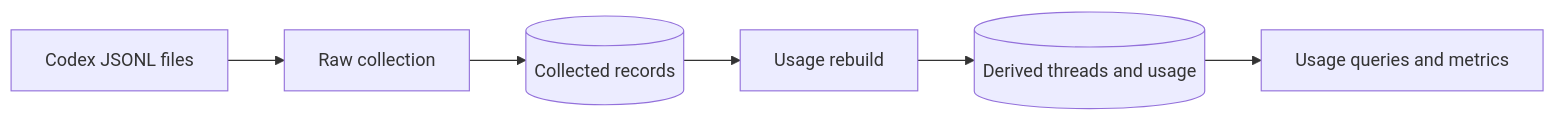
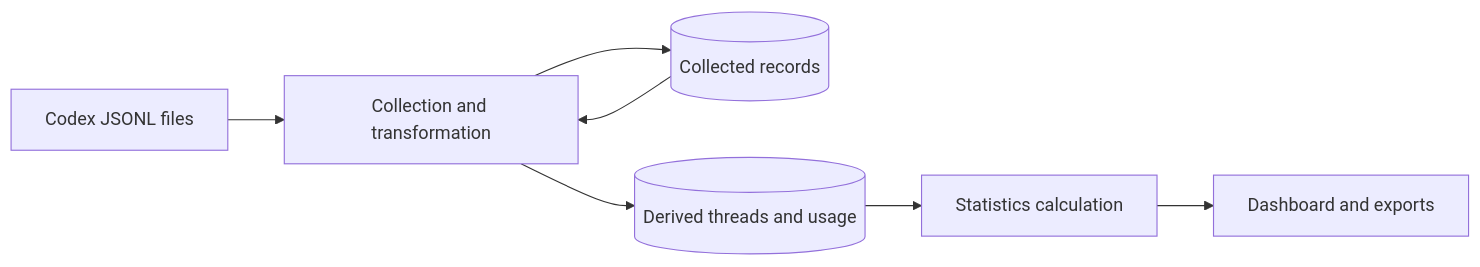
Before and after one commit to xtrmstep/codex-stats-analyzer: the diagram in specification/02-architecture/02-design/000-system-overview.md, drawn with Mermaid. The commit also changed other lines of this file and 6 other files, not shown here.

Commit message:
usage-data: define import and statistics pipelines

````diff
--- a/specification/02-architecture/02-design/000-system-overview.md
+++ b/specification/02-architecture/02-design/000-system-overview.md
@@ -5,8 +5,9 @@
 ```mermaid
 flowchart LR
-    Logs[Codex JSONL files] --> Importer[Raw collection]
-    Importer --> Raw[(Collected records)]
-    Raw --> Builder[Usage rebuild]
-    Builder --> Usage[(Derived threads and usage)]
-    Usage --> Metrics[Usage queries and metrics]
+    Logs[Codex JSONL files] --> Import[Collection and transformation]
+    Import --> Raw[(Collected records)]
+    Raw --> Import
+    Import --> Usage[(Derived threads and usage)]
+    Usage --> Stats[Statistics calculation]
+    Stats --> Reports[Dashboard and exports]
 ```
````
